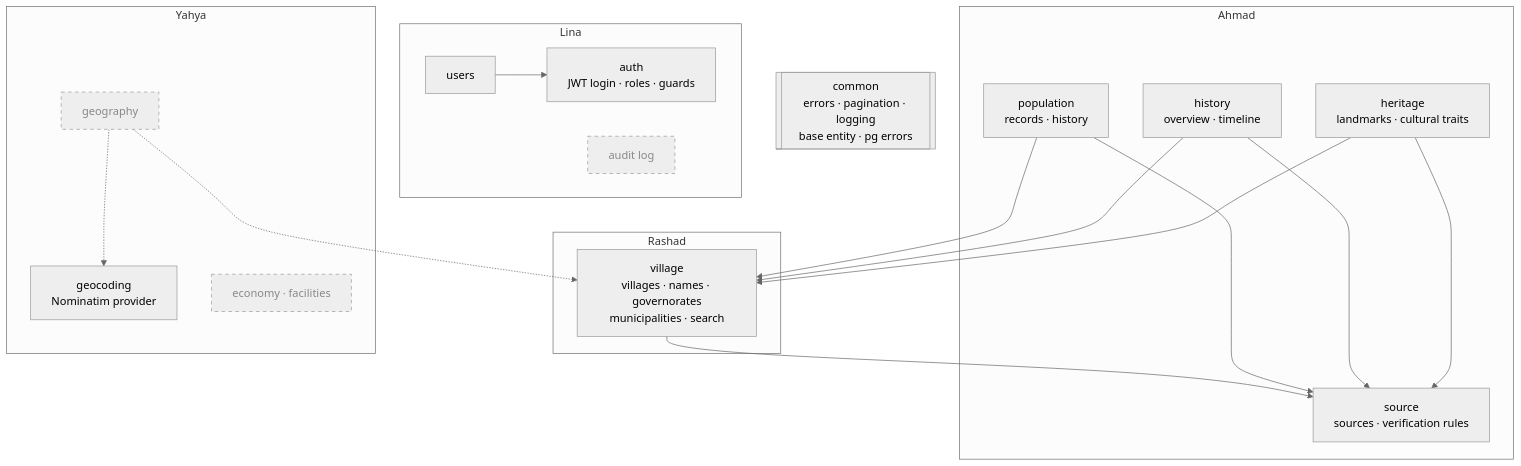
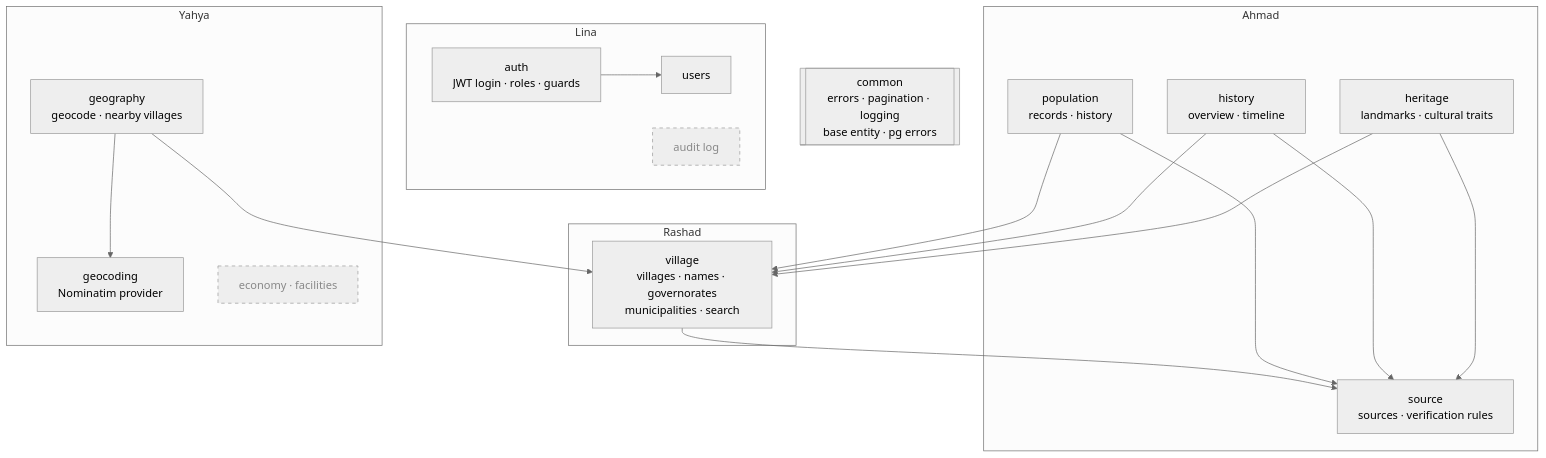
Before and after one commit to qaryati-Org/qaryati: the second of 5 diagrams in docs/architecture.md, drawn with Mermaid (neutral theme). The commit also changed other lines of this file and 1 other file, not shown here.

Commit message:
docs(architecture): show geography, fix auth/users direction, add write performance

````diff
--- a/docs/architecture.md
+++ b/docs/architecture.md
@@ -49,37 +49,37 @@
 ```mermaid
 flowchart TB
     subgraph Rashad
         VIL[village<br/>villages · names · governorates<br/>municipalities · search]
     end
     subgraph Ahmad
         SRC[source<br/>sources · verification rules]
         POP[population<br/>records · history]
         HIS[history<br/>overview · timeline]
         HER[heritage<br/>landmarks · cultural traits]
     end
     subgraph Lina
         AUTH[auth<br/>JWT login · roles · guards]
         USR[users]
         AUD[audit log]:::planned
     end
     subgraph Yahya
         GEO[geocoding<br/>Nominatim provider]
-        GEOG[geography]:::planned
+        GEOG[geography<br/>geocode · nearby villages]
         ECO[economy · facilities]:::planned
     end
 
     COMMON[[common<br/>errors · pagination · logging<br/>base entity · pg errors]]
 
     VIL --> SRC
     POP --> VIL
     POP --> SRC
     HIS --> VIL
     HIS --> SRC
     HER --> VIL
     HER --> SRC
-    USR --> AUTH
-    GEOG -.-> GEO
-    GEOG -.-> VIL
+    AUTH --> USR
+    GEOG --> GEO
+    GEOG --> VIL
 
     classDef planned stroke-dasharray: 5 5,color:#888
 ```
````
